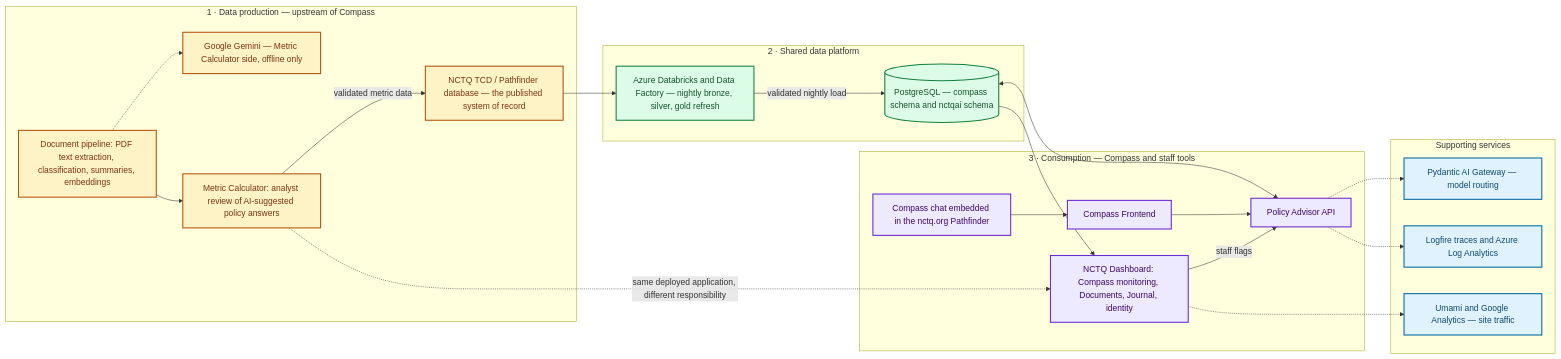
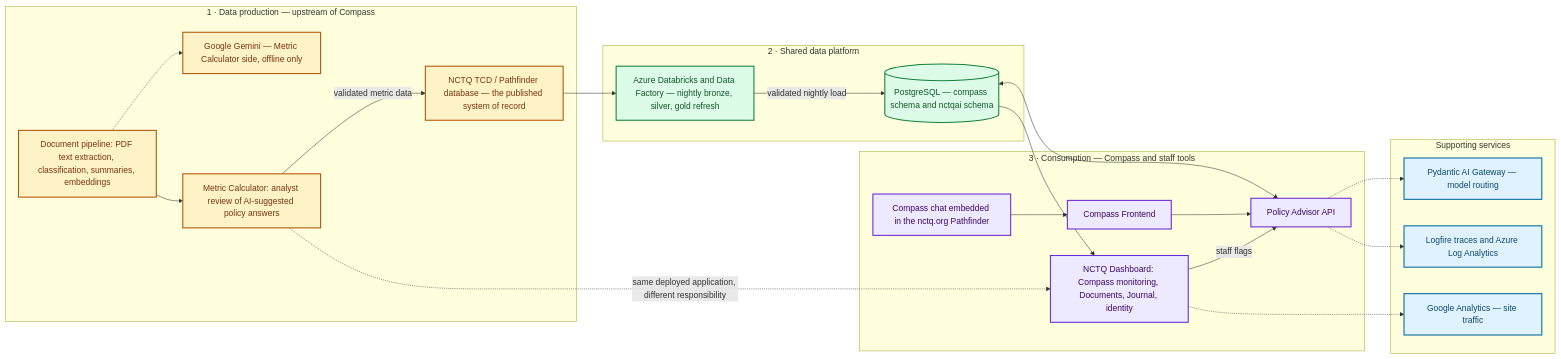
One commit to Starling-Strategy/compass changed the first of 2 diagrams in docs/reference/architecture.md. Above: the diagram before and after it, drawn with Mermaid. The commit also changed other lines of this file and 4 other files, not shown here.

First line of the commit message:
docs: track consolidating analytics onto Google Analytics

````diff
--- a/docs/reference/architecture.md
+++ b/docs/reference/architecture.md
@@ -41,52 +41,52 @@
 ```mermaid
 flowchart LR
     subgraph PRODUCE["1 · Data production — upstream of Compass"]
         DOCPIPE["Document pipeline: PDF text extraction, classification, summaries, embeddings"]
         GEM["Google Gemini — Metric Calculator side, offline only"]
         MC2["Metric Calculator: analyst review of AI-suggested policy answers"]
         TCD2["NCTQ TCD / Pathfinder database — the published system of record"]
         DOCPIPE -.-> GEM
         DOCPIPE --> MC2
         MC2 -->|"validated metric data"| TCD2
     end
 
     subgraph PLATFORM["2 · Shared data platform"]
         DBX2["Azure Databricks and Data Factory — nightly bronze, silver, gold refresh"]
         PG2[("PostgreSQL — compass schema and nctqai schema")]
         DBX2 -->|"validated nightly load"| PG2
     end
 
     subgraph CONSUME["3 · Consumption — Compass and staff tools"]
         CHAT["Compass chat embedded in the nctq.org Pathfinder"]
         FE2["Compass Frontend"]
         API2["Policy Advisor API"]
         DASH2["NCTQ Dashboard: Compass monitoring, Documents, Journal, identity"]
         CHAT --> FE2
         FE2 --> API2
     end
 
     subgraph SERVICES["Supporting services"]
         GW2["Pydantic AI Gateway — model routing"]
         OBS["Logfire traces and Azure Log Analytics"]
-        AN["Umami and Google Analytics — site traffic"]
+        AN["Google Analytics — site traffic"]
     end
 
     TCD2 --> DBX2
     PG2 <--> API2
     PG2 --> DASH2
     DASH2 -->|"staff flags"| API2
     API2 -.-> GW2
     API2 -.-> OBS
     DASH2 -.-> AN
     MC2 -.->|"same deployed application, different responsibility"| DASH2
 
     classDef produce fill:#fef3c7,stroke:#b45309,stroke-width:2px,color:#78350f
     classDef platform fill:#dcfce7,stroke:#15803d,stroke-width:2px,color:#14532d
     classDef consume fill:#ede9fe,stroke:#6d28d9,stroke-width:2px,color:#3b0764
     classDef services fill:#e0f2fe,stroke:#0369a1,stroke-width:2px,color:#0c4a6e
 
     class DOCPIPE,GEM,MC2,TCD2 produce
     class DBX2,PG2 platform
     class CHAT,FE2,API2,DASH2 consume
     class GW2,OBS,AN services
 ```
````
